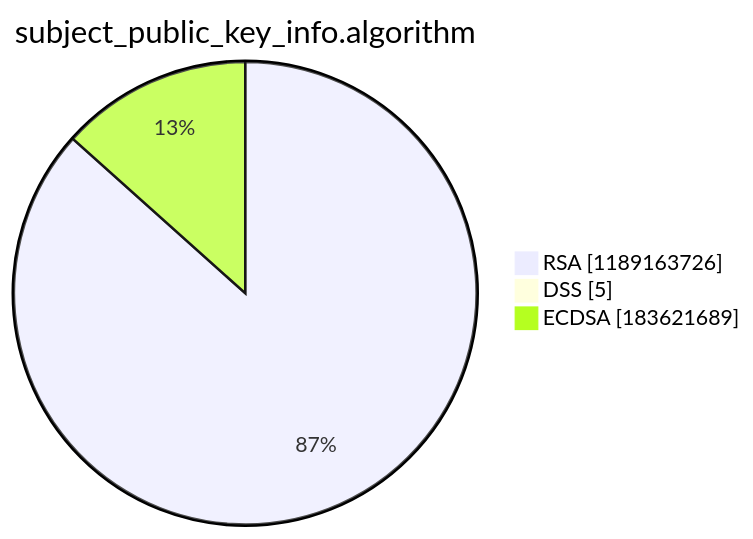
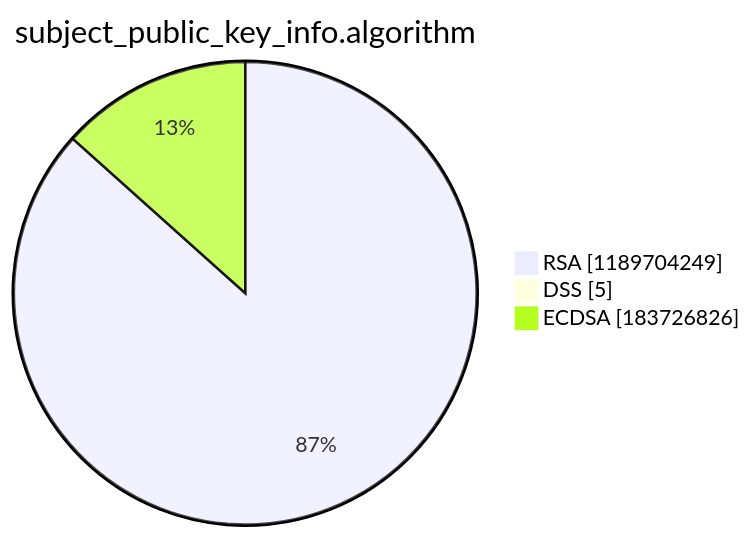
The third of 15 diagrams in argon2022/README.md (christiankrug/ctmonitor_visualization), drawn with Mermaid before and after one commit. The commit also changed other lines of this file, not shown here.

````diff
--- a/argon2022/README.md
+++ b/argon2022/README.md
@@ -14,7 +14,7 @@
 ```mermaid
 pie showData
 title subject_public_key_info.algorithm
-"RSA" :1189163726
+"RSA" :1189704249
 "DSS" :5
-"ECDSA" :183621689
+"ECDSA" :183726826
 ```
````
